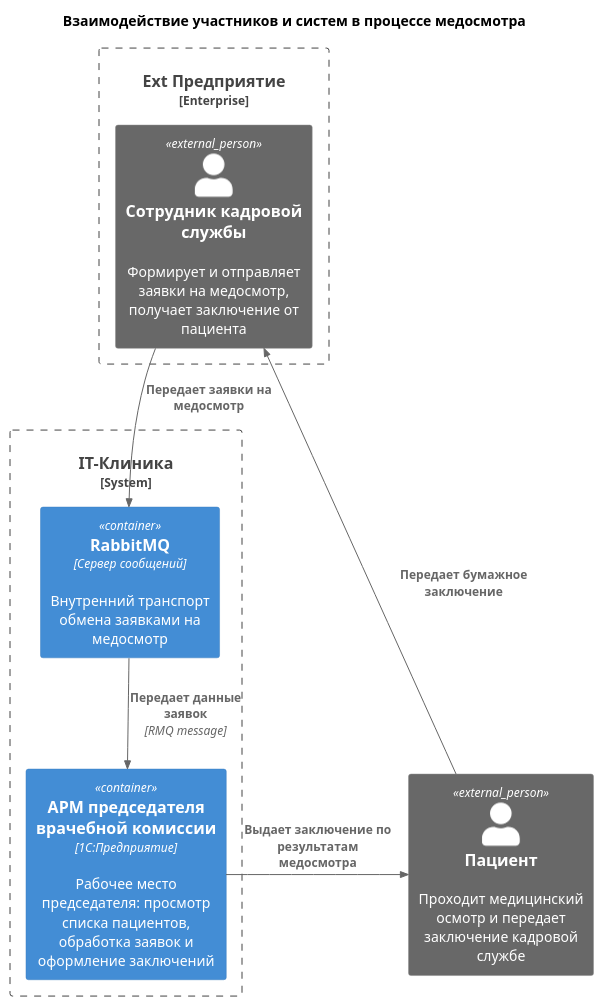
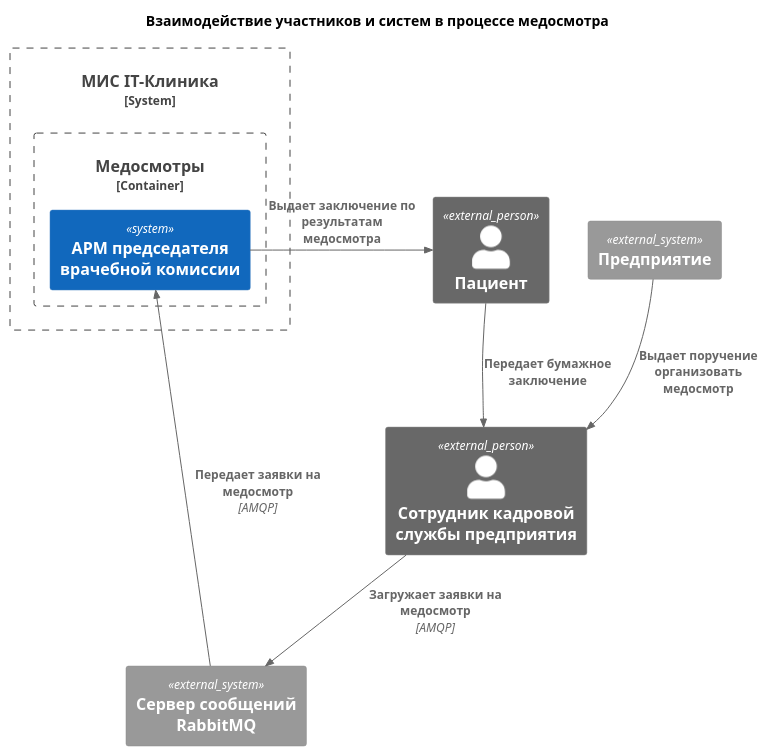
The diagram in docs/medosmotr_c4_plantuml.puml (Ksudu-hub/IT_Clinic_diploma), drawn with PlantUML before and after one commit. The commit also changed 407 other files, not shown here.

```diff
--- a/docs/medosmotr_c4_plantuml.puml
+++ b/docs/medosmotr_c4_plantuml.puml
@@ -1,25 +1,27 @@
 @startuml
 !include https://raw.githubusercontent.com/plantuml-stdlib/C4-PlantUML/master/C4.puml
 !include https://raw.githubusercontent.com/plantuml-stdlib/C4-PlantUML/master/C4_Container.puml
 
-
 title Взаимодействие участников и систем в процессе медосмотра
 
-Enterprise_Boundary(ExtEnterprise, "Ext Предприятие") {
-    Person_Ext(HR, "Сотрудник кадровой службы", "Формирует и отправляет заявки на медосмотр, получает заключение от пациента")
+Person_Ext(HR, "Сотрудник кадровой службы предприятия")
+Person_Ext(Patient, "Пациент")
+
+System_Ext(EnterpriseSystem, "Предприятие")
+System_Ext(RMQ, "Сервер сообщений RabbitMQ")
+
+System_Boundary(Clinic, "МИС IT-Клиника") {
+    Container_Boundary(Medosomtr, "Медосмотры") {
+        System(ARM, "АРМ председателя врачебной комиссии")
+    }
+    
 }
 
-Person_Ext(Patient, "Пациент", "Проходит медицинский осмотр и передает заключение кадровой службе")
-
-System_Boundary(Clinic, "IT-Клиника") {
-    Container(RMQ, "RabbitMQ", "Сервер сообщений", "Внутренний транспорт обмена заявками на медосмотр")
-    Container(ARM, "АРМ председателя врачебной комиссии", "1С:Предприятие", "Рабочее место председателя: просмотр списка пациентов, обработка заявок и оформление заключений")
-}
-
-Rel(HR, RMQ, "Передает заявки на медосмотр")
-Rel(RMQ, ARM, "Передает данные заявок", "RMQ message")
+Rel_D(EnterpriseSystem, HR, "Выдает поручение организовать медосмотр")
+Rel_D(HR, RMQ, "Загружает заявки на медосмотр", "AMQP")
+Rel(RMQ, ARM, "Передает заявки на медосмотр", "AMQP")
 
 Rel_R(ARM, Patient, "Выдает заключение по результатам медосмотра")
 Rel(Patient, HR, "Передает бумажное заключение")
 
 @enduml
```
